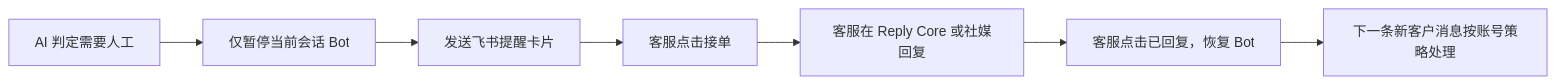
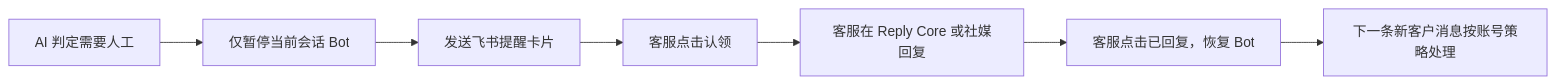
Before and after one commit to junqingyongyuanbusi/dm: the first of 4 diagrams in docs/feishu-handoff-notification-plan.md, drawn with Mermaid. The commit also changed other lines of this file and 8 other files, not shown here.

````diff
--- a/docs/feishu-handoff-notification-plan.md
+++ b/docs/feishu-handoff-notification-plan.md
@@ -12,9 +12,9 @@
 ```mermaid
 flowchart LR
     A[AI 判定需要人工] --> B[仅暂停当前会话 Bot]
     B --> C[发送飞书提醒卡片]
-    C --> D[客服点击接单]
+    C --> D[客服点击认领]
     D --> E[客服在 Reply Core 或社媒回复]
     E --> F[客服点击已回复，恢复 Bot]
     F --> G[下一条新客户消息按账号策略处理]
 ```
````
